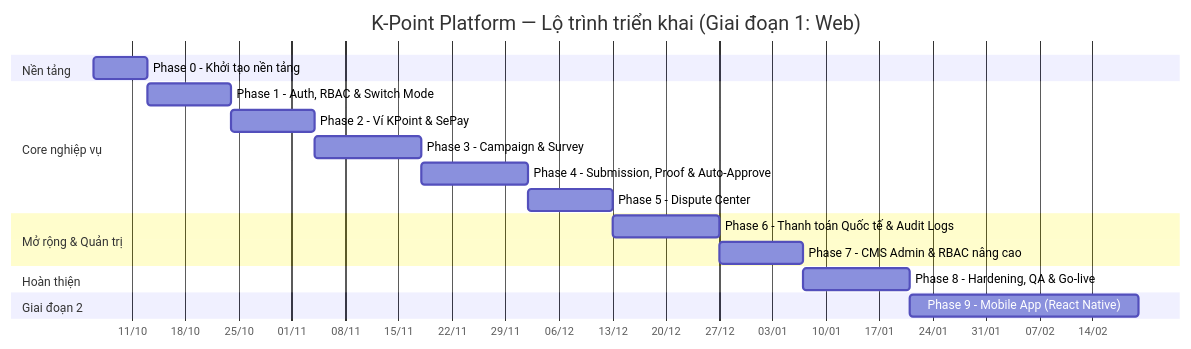
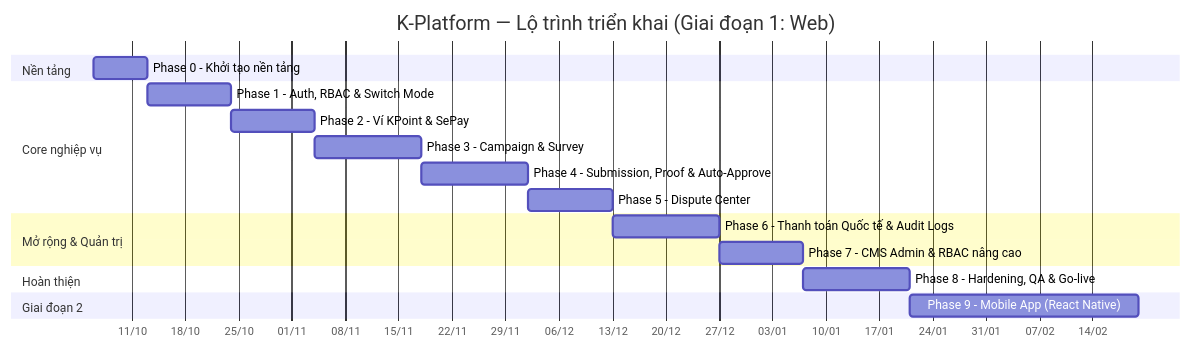
The diagram in PLAN.md (nhockool1002/K-Platform), drawn with Mermaid before and after one commit. The commit also changed other lines of this file and 355 other files, not shown here.

````diff
--- a/PLAN.md
+++ b/PLAN.md
@@ -89,21 +89,21 @@
 ```mermaid
 gantt
-    title K-Point Platform — Lộ trình triển khai (Giai đoạn 1: Web)
+    title K-Platform — Lộ trình triển khai (Giai đoạn 1: Web)
     dateFormat  YYYY-MM-DD
     axisFormat  %d/%m
     section Nền tảng
     Phase 0 - Khởi tạo nền tảng           :p0, 2026-10-06, 7d
     section Core nghiệp vụ
     Phase 1 - Auth, RBAC & Switch Mode    :p1, after p0, 11d
     Phase 2 - Ví KPoint & SePay           :p2, after p1, 11d
     Phase 3 - Campaign & Survey           :p3, after p2, 14d
     Phase 4 - Submission, Proof & Auto-Approve :p4, after p3, 14d
     Phase 5 - Dispute Center              :p5, after p4, 11d
     section Mở rộng & Quản trị
     Phase 6 - Thanh toán Quốc tế & Audit Logs :p6, after p5, 14d
     Phase 7 - CMS Admin & RBAC nâng cao   :p7, after p6, 11d
     section Hoàn thiện
     Phase 8 - Hardening, QA & Go-live     :p8, after p7, 14d
     section Giai đoạn 2
     Phase 9 - Mobile App (React Native)   :p9, after p8, 30d
 ```
````
